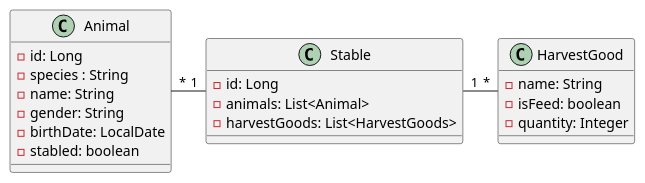
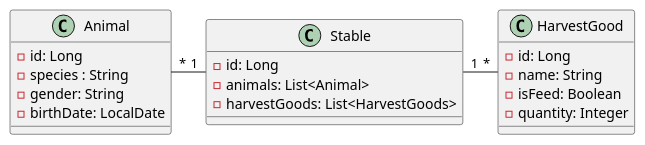
Before and after one commit to 2122-5ahif-nvs/02-microproject-BenjaminEcker: the first of 2 diagrams in asciidocs/index.adoc, drawn with PlantUML.

Commit message:
corrected class-diagram

```diff
--- a/asciidocs/index.adoc
+++ b/asciidocs/index.adoc
@@ -21,28 +21,27 @@
 [plantuml,cld,png]
 ----
 @startuml
 class Animal {
     -id: Long
     -species : String
-    -name: String
     -gender: String
     -birthDate: LocalDate
-    -stabled: boolean
 }
 
 class Stable {
     -id: Long
     -animals: List<Animal>
     -harvestGoods: List<HarvestGoods>
 }
 
 class HarvestGood {
+    -id: Long
     -name: String
-    -isFeed: boolean
+    -isFeed: Boolean
     -quantity: Integer
 }
 
 Stable "1" -left- "*" Animal
 Stable "1" -right- "*" HarvestGood
 @enduml
 ----
```
